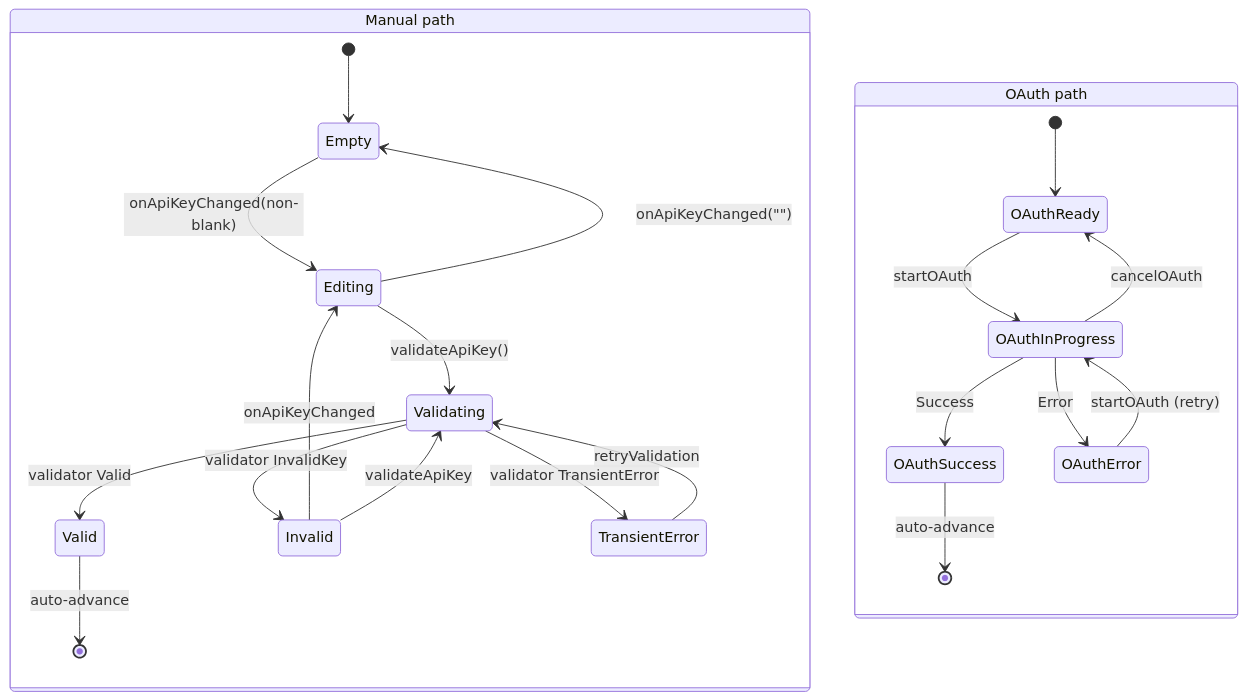
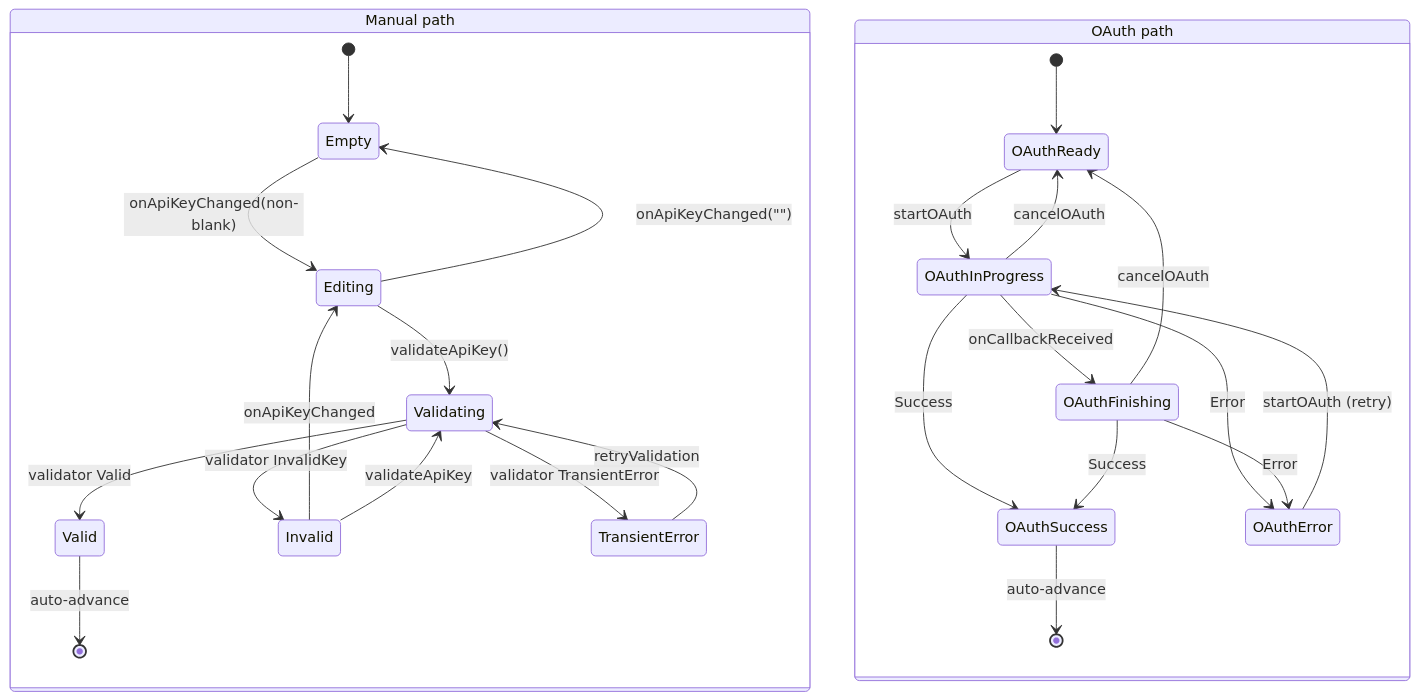
One commit to M0z41D/closepaw changed the diagram in doc/main/state_machines/onboarding_apikey_step.md. Above: the diagram before and after it, drawn with Mermaid. The commit also changed other lines of this file and 32 other files, not shown here.

````diff
--- a/doc/main/state_machines/onboarding_apikey_step.md
+++ b/doc/main/state_machines/onboarding_apikey_step.md
@@ -81,25 +83,29 @@
 ```mermaid
 stateDiagram-v2
     state "Manual path" as Manual {
         [*] --> Empty
         Empty --> Editing: onApiKeyChanged(non-blank)
         Editing --> Empty: onApiKeyChanged("")
         Editing --> Validating: validateApiKey()
         Validating --> Valid: validator Valid
         Validating --> Invalid: validator InvalidKey
         Validating --> TransientError: validator TransientError
         Invalid --> Editing: onApiKeyChanged
         Invalid --> Validating: validateApiKey
         TransientError --> Validating: retryValidation
         Valid --> [*]: auto-advance
     }
     state "OAuth path" as OAuth {
         [*] --> OAuthReady
         OAuthReady --> OAuthInProgress: startOAuth
+        OAuthInProgress --> OAuthFinishing: onCallbackReceived
         OAuthInProgress --> OAuthSuccess: Success
+        OAuthFinishing --> OAuthSuccess: Success
         OAuthInProgress --> OAuthError: Error
+        OAuthFinishing --> OAuthError: Error
         OAuthInProgress --> OAuthReady: cancelOAuth
+        OAuthFinishing --> OAuthReady: cancelOAuth
         OAuthError --> OAuthInProgress: startOAuth (retry)
         OAuthSuccess --> [*]: auto-advance
     }
 ```
````
